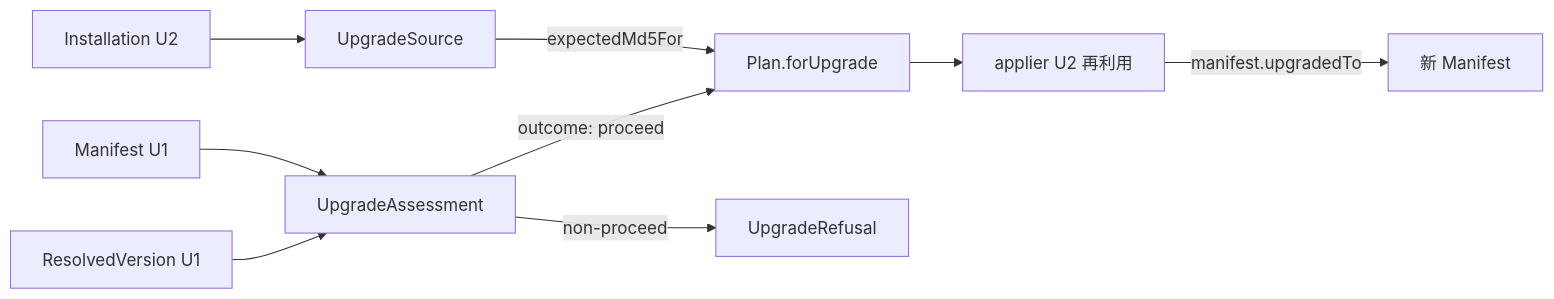
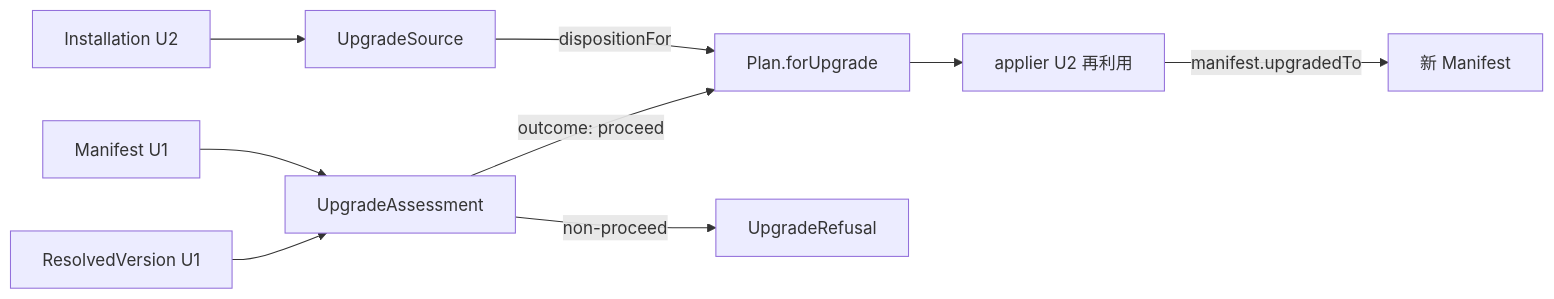
One commit to amadeus-dlc/amadeus changed the diagram in amadeus/spaces/default/intents/260708-installer-distribution/construction/upgrade-flow/functional-design/domain-entities.md. Above: the diagram before and after it, drawn with Mermaid. The commit also changed other lines of this file and 6 other files, not shown here.

````diff
--- a/amadeus/spaces/default/intents/260708-installer-distribution/construction/upgrade-flow/functional-design/domain-entities.md
+++ b/amadeus/spaces/default/intents/260708-installer-distribution/construction/upgrade-flow/functional-design/domain-entities.md
@@ -84,11 +115,11 @@
 ```mermaid
 flowchart LR
   INST[Installation U2] --> US[UpgradeSource]
-  US -->|expectedMd5For| PLN[Plan.forUpgrade]
+  US -->|dispositionFor| PLN[Plan.forUpgrade]
   MF[Manifest U1] --> UA[UpgradeAssessment]
   RV[ResolvedVersion U1] --> UA
   UA -->|outcome: proceed| PLN
   UA -->|non-proceed| REF[UpgradeRefusal]
   PLN --> APL[applier U2 再利用]
   APL -->|manifest.upgradedTo| MF2[新 Manifest]
 ```
````
